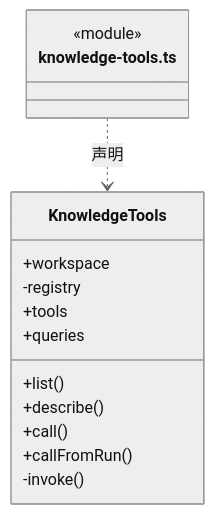
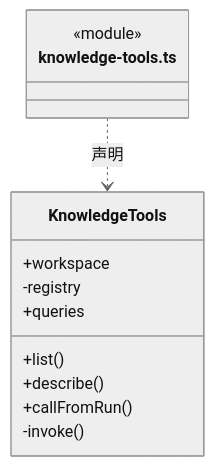
Before and after one commit to nan023062/cbim: the first of 2 diagrams in src/backend/scheduler-engine/tools/ARCHITECTURE.md, drawn with Mermaid (neutral theme). The commit also changed other lines of this file and 211 other files, not shown here.

````diff
--- a/src/backend/scheduler-engine/tools/ARCHITECTURE.md
+++ b/src/backend/scheduler-engine/tools/ARCHITECTURE.md
@@ -19,18 +19,16 @@
 ```mermaid
 classDiagram
 class N_src_backend_scheduler_engine_tools_knowledge_tools_ts["knowledge-tools.ts"] {
   <<module>>
 }
 class N_src_backend_scheduler_engine_tools_knowledge_tools_ts_KnowledgeTools["KnowledgeTools"] {
   +workspace
   -registry
-  +tools
   +queries
   +list()
   +describe()
-  +call()
   +callFromRun()
   -invoke()
 }
 N_src_backend_scheduler_engine_tools_knowledge_tools_ts ..> N_src_backend_scheduler_engine_tools_knowledge_tools_ts_KnowledgeTools : 声明
 ```
````
